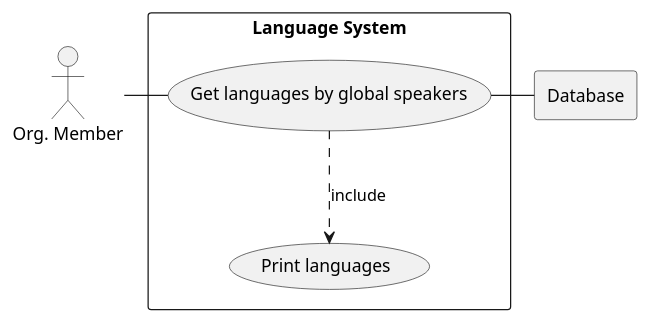
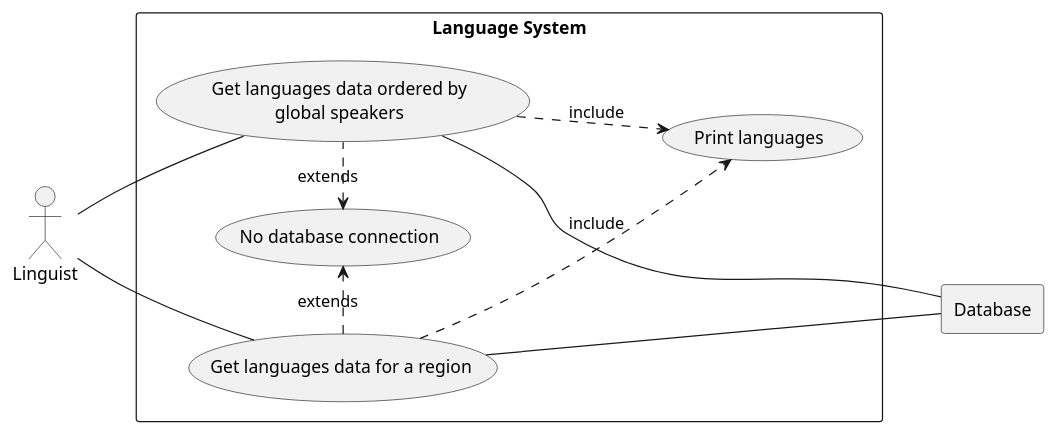
One commit to NikitaEdin/SET08103_2024-5 changed the diagram in DOCS/UseCase/Diagrams/Language System.puml. Above: the diagram before and after it, drawn with PlantUML. The commit also changed 15 other files, not shown here.

Commit message:
Use cases and use case diagrams finished

```diff
--- a/DOCS/UseCase/Diagrams/Language System.puml
+++ b/DOCS/UseCase/Diagrams/Language System.puml
@@ -1,17 +1,27 @@
 @startuml
+left to right direction
 
-actor mem as "Org. Member"
+actor mem as "Linguist"
 
 rectangle Database
 
 rectangle "Language System" {
-    usecase UC1 as "Get languages by global speakers"
+    usecase UC1 as "Get languages data ordered by
+                    global speakers"
+    usecase UC2 as "Get languages data for a region"
 
     usecase UCa as "Print languages"
+    usecase UCb as "No database connection"
 
-    mem - UC1
+    mem -- UC1
+    mem -- UC2
+    UC1 --- Database
     UC1 ..> UCa : include
-    UC1 - Database
+    UCb <. UC1 : extends
+
+    UC2 --- Database
+    UC2 .> UCa : include
+    UC2 .> UCb : extends
 }
 
 @enduml
```
